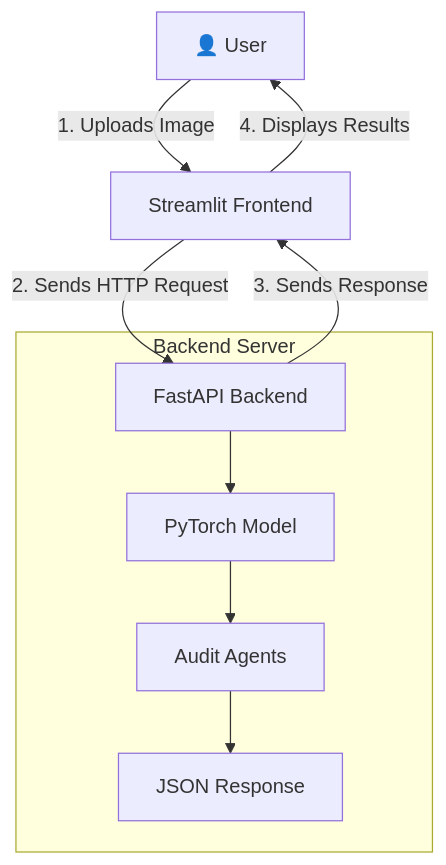
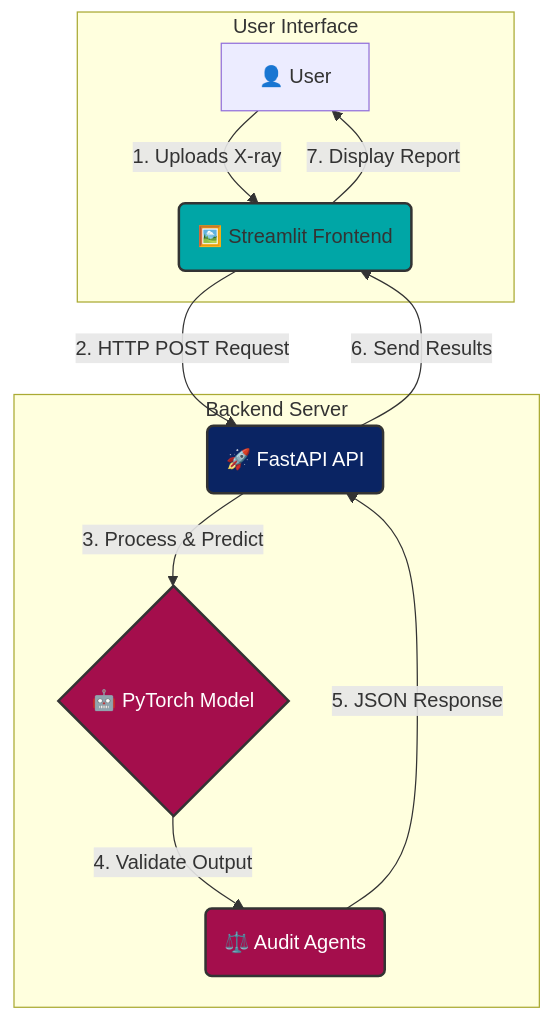
Before and after one commit to ujwal-jibhkate/auditable-radiology-ai: the diagram in README.md, drawn with Mermaid. The commit also changed other lines of this file, not shown here.

````diff
--- a/README.md
+++ b/README.md
@@ -48,12 +35,24 @@
 ```mermaid
 graph TD
-    User[👤 User] --> |1. Uploads Image| App[Streamlit Frontend]
-    App --> |2. Sends HTTP Request| API[FastAPI Backend]
+    subgraph "User Interface"
+        A[👤 User] -->|1. Uploads X-ray| B(🖼️ Streamlit Frontend)
+    end
+    
     subgraph "Backend Server"
-        API --> Model[PyTorch Model]
-        Model --> Auditors[Audit Agents]
-        Auditors --> FinalOutput[JSON Response]
+        C(🚀 FastAPI API)
+        D{🤖 PyTorch Model}
+        E(⚖️ Audit Agents)
     end
-    API --> |3. Sends Response| App
-    App --> |4. Displays Results| User
+    
+    B -->|2. HTTP POST Request| C
+    C -->|3. Process & Predict| D
+    D -->|4. Validate Output| E
+    E -->|5. JSON Response| C
+    C -->|6. Send Results| B
+    B -->|7. Display Report| A
+
+    style B fill:#00A6A6,stroke:#333,stroke-width:2px
+    style C fill:#0A2463,stroke:#333,stroke-width:2px,color:#fff
+    style D fill:#A40E4C,stroke:#333,stroke-width:2px,color:#fff
+    style E fill:#A40E4C,stroke:#333,stroke-width:2px,color:#fff
 ```
````
